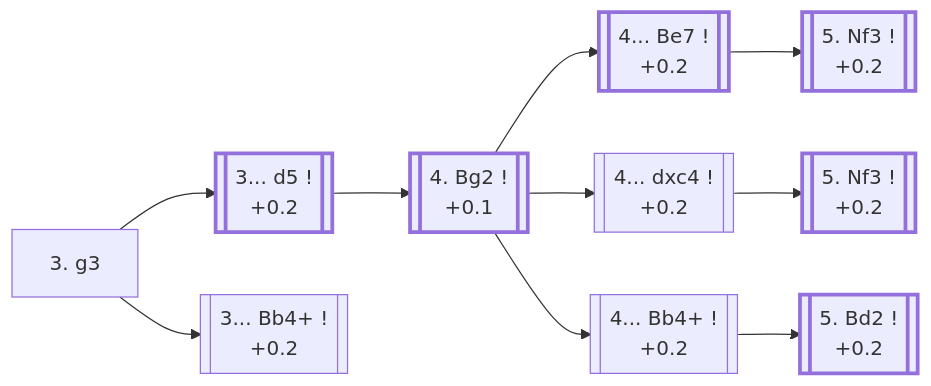
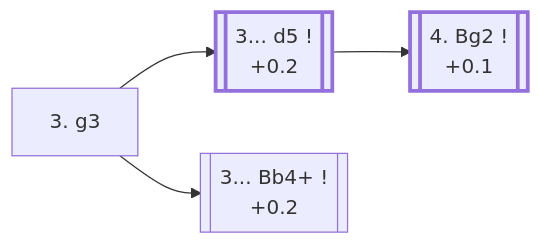
Before and after one commit to onclemarcel/chess_flashcards: the diagram in d4_openings/E00_Catalan.md, drawn with Mermaid. The commit also changed other lines of this file and 63 other files, not shown here.

````diff
--- a/d4_openings/E00_Catalan.md
+++ b/d4_openings/E00_Catalan.md
@@ -12,29 +14,15 @@
 ```mermaid
 flowchart LR
     classDef main stroke-width:3px;
 
     g3["3. g3"]
     click g3 "#_initial_move_" "E00 · Catalan Opening"
 
     g3 --> d5[["3... d5 !<br/>+0.2"]]:::main
     click d5 "#_d5_" "E00 · Catalan Opening"
     g3 --> Bb4[["3... Bb4+ !<br/>+0.2"]]
     click Bb4 "#_Bb4_" "E00 · Catalan Opening"
 
     d5 --> Bg2[["4. Bg2 !<br/>+0.1"]]:::main
-    click Bg2 "#_Bg2_" "E00 · Catalan Opening"
-
-    Bg2 --> Be7[["4... Be7 !<br/>+0.2"]]:::main
-    click Be7 "#_Be7_" "E01 · Catalan Opening: Open Defense"
-    Bg2 --> dxc4[["4... dxc4 !<br/>+0.2"]]
-    click dxc4 "#_dxc4_" "E02 · Catalan Opening: Open Defense"
-    Bg2 --> Bb4b[["4... Bb4+ !<br/>+0.2"]]
-    click Bb4b "#_Bb4c_" "E01 · Catalan Opening: Open Defense"
-
-    Be7 --> Nf3c[["5. Nf3 !<br/>+0.2"]]:::main
-    click Nf3c "#_Be7_" "E01 · Catalan Opening: Open Defense"
-    dxc4 --> Nf3o[["5. Nf3 !<br/>+0.2"]]:::main
-    click Nf3o "#_dxc4_" "E02 · Catalan Opening: Open Defense"
-    Bb4b --> Bd2c[["5. Bd2 !<br/>+0.2"]]:::main
-    click Bd2c "#_Bb4c_" "E01 · Catalan Opening: Open Defense"
+    click Bg2 "https://github.com/onclemarcel/chess_flashcards/blob/main/d4_openings/E01_Catalan_Open_Defense.md" "E01 · Catalan Opening: Open Defense"
 ```
````
